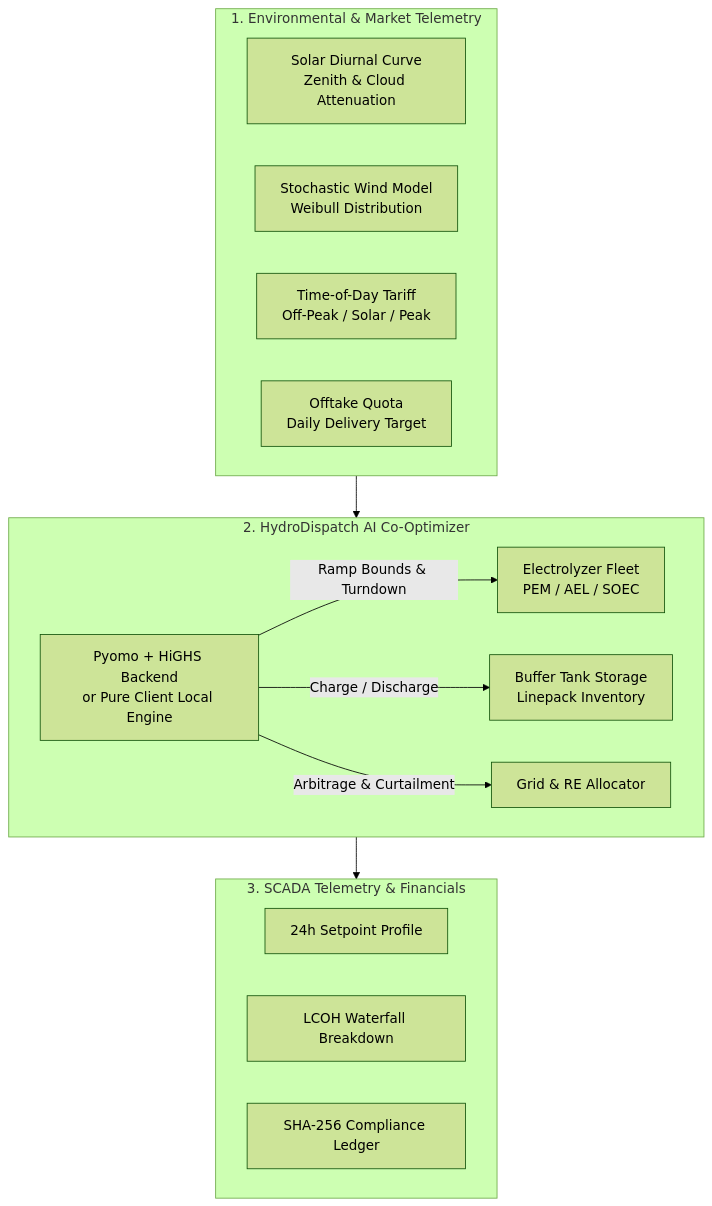
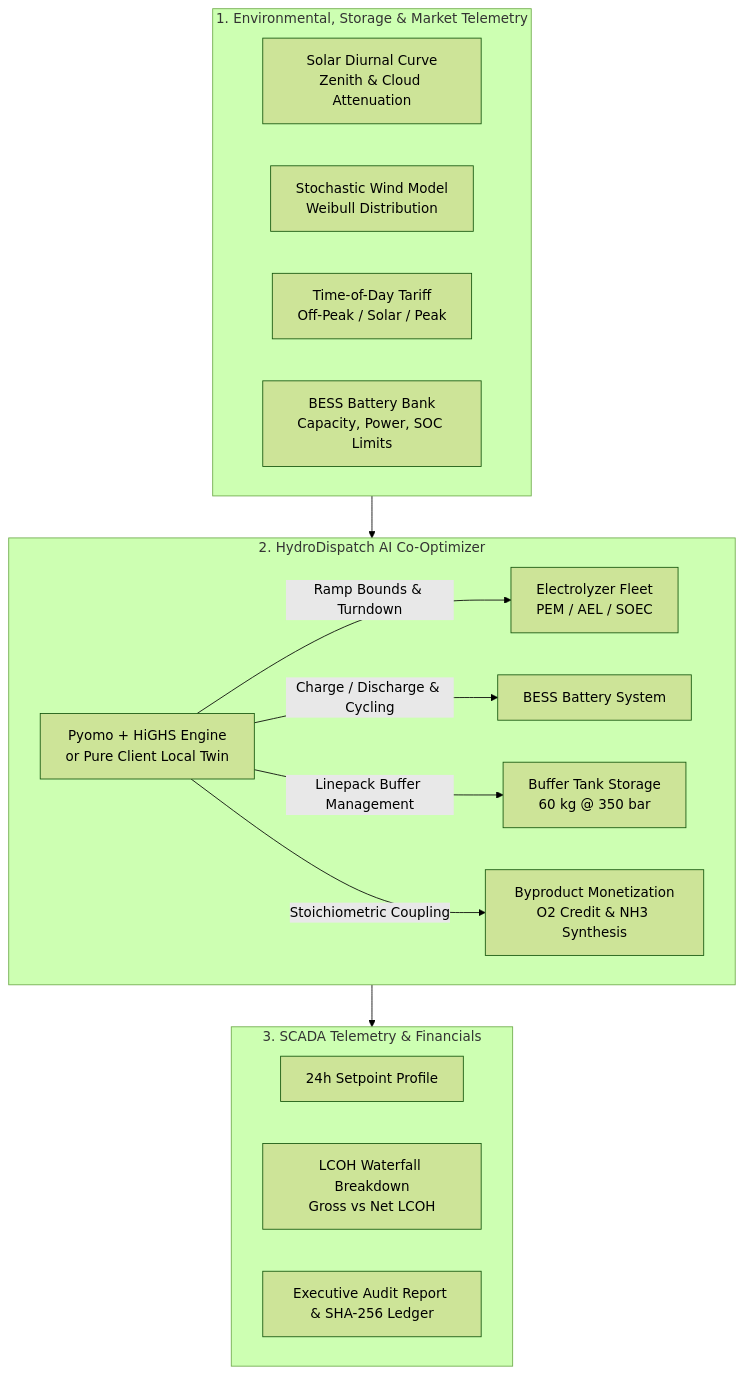
One commit to milind2411/hydrodispatch-ai changed the diagram in README.md. Above: the diagram before and after it, drawn with Mermaid (forest theme). The commit also changed other lines of this file, not shown here.

Commit message:
docs: Update README with BESS co-dispatch, O2 monetization, Docker instructions, and system architecture

````diff
--- a/README.md
+++ b/README.md
@@ -66,25 +61,26 @@
 ```mermaid
 flowchart TD
-    subgraph Inputs ["1. Environmental & Market Telemetry"]
+    subgraph Inputs ["1. Environmental, Storage & Market Telemetry"]
         A[Solar Diurnal Curve\nZenith & Cloud Attenuation]
         B[Stochastic Wind Model\nWeibull Distribution]
         C[Time-of-Day Tariff\nOff-Peak / Solar / Peak]
-        D[Offtake Quota\nDaily Delivery Target]
+        D[BESS Battery Bank\nCapacity, Power, SOC Limits]
     end
 
     subgraph Optimization ["2. HydroDispatch AI Co-Optimizer"]
-        E[Pyomo + HiGHS Backend\nor Pure Client Local Engine]
+        E[Pyomo + HiGHS Engine\nor Pure Client Local Twin]
         E -->|Ramp Bounds & Turndown| F[Electrolyzer Fleet\nPEM / AEL / SOEC]
-        E -->|Charge / Discharge| G[Buffer Tank Storage\nLinepack Inventory]
-        E -->|Arbitrage & Curtailment| H[Grid & RE Allocator]
+        E -->|Charge / Discharge & Cycling| G[BESS Battery System]
+        E -->|Linepack Buffer Management| H[Buffer Tank Storage\n60 kg @ 350 bar]
+        E -->|Stoichiometric Coupling| I[Byproduct Monetization\nO2 Credit & NH3 Synthesis]
     end
 
     subgraph Outputs ["3. SCADA Telemetry & Financials"]
-        I[24h Setpoint Profile]
-        J[LCOH Waterfall Breakdown]
-        K[SHA-256 Compliance Ledger]
+        J[24h Setpoint Profile]
+        K[LCOH Waterfall Breakdown\nGross vs Net LCOH]
+        L[Executive Audit Report & SHA-256 Ledger]
     end
 
     Inputs --> Optimization
     Optimization --> Outputs
 ```
````
